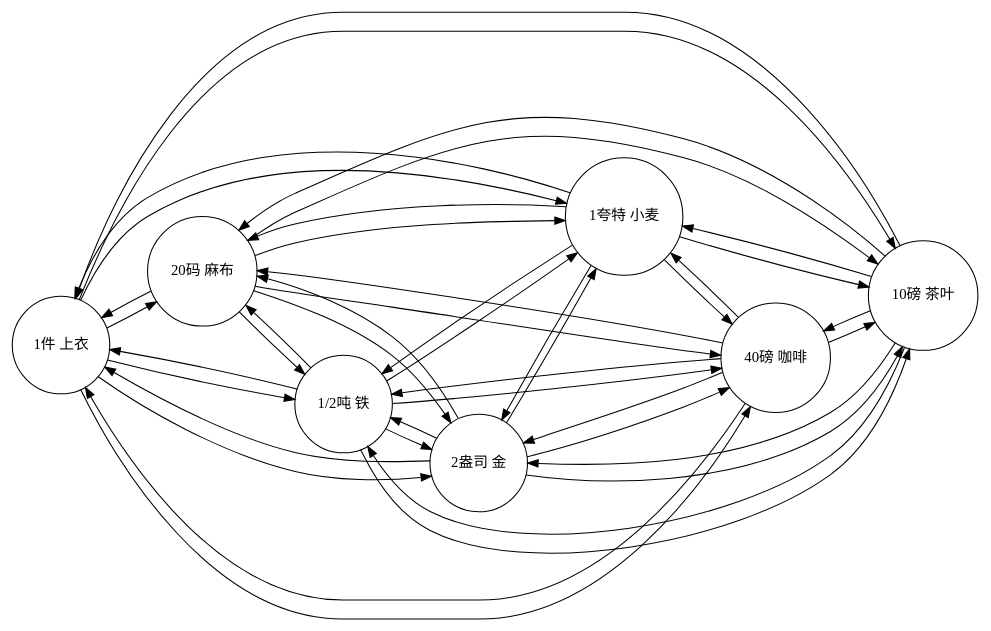
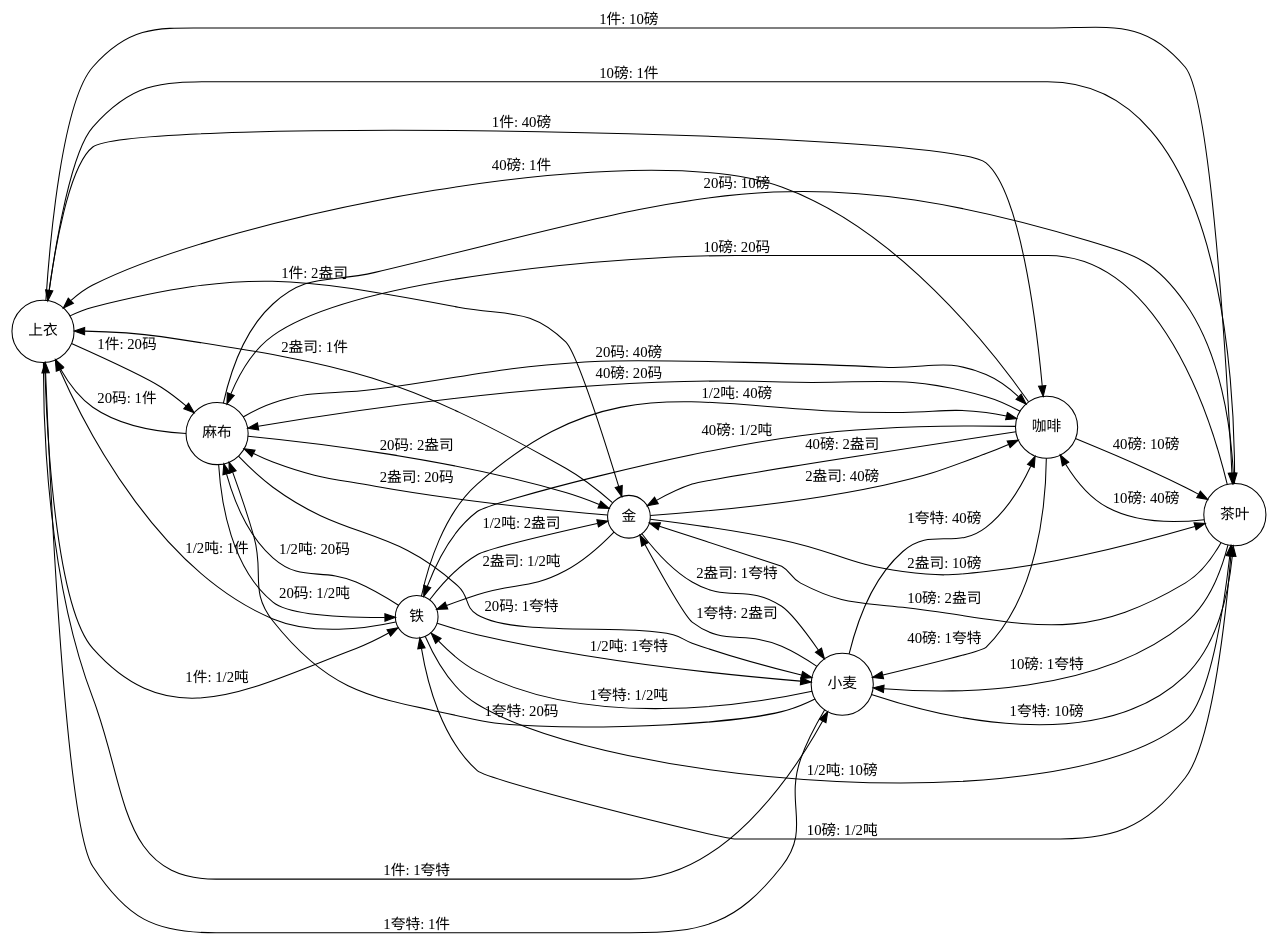
The diagram in 资本的生产过程/价值形式理论/价值形式/graphs_generated/total_complete.dot (Wangsutan/Kapital), drawn with Graphviz before and after one commit. The commit also changed 34 other files, not shown here.

Commit message:
检查图的性质

```diff
--- a/资本的生产过程/价值形式理论/价值形式/graphs_generated/total_complete.dot
+++ b/资本的生产过程/价值形式理论/价值形式/graphs_generated/total_complete.dot
@@ -1,46 +1,46 @@
 digraph 价值形式理论 {
     rankdir=LR;
     node [shape=circle];
-    "1件 上衣" -> "20码 麻布";
-    "1件 上衣" -> "10磅 茶叶";
-    "1件 上衣" -> "40磅 咖啡";
-    "1件 上衣" -> "1夸特 小麦";
-    "1件 上衣" -> "2盎司 金";
-    "1件 上衣" -> "1/2吨 铁";
-    "40磅 咖啡" -> "1件 上衣";
-    "40磅 咖啡" -> "20码 麻布";
-    "40磅 咖啡" -> "10磅 茶叶";
-    "40磅 咖啡" -> "1夸特 小麦";
-    "40磅 咖啡" -> "2盎司 金";
-    "40磅 咖啡" -> "1/2吨 铁";
-    "1夸特 小麦" -> "1件 上衣";
-    "1夸特 小麦" -> "20码 麻布";
-    "1夸特 小麦" -> "10磅 茶叶";
-    "1夸特 小麦" -> "40磅 咖啡";
-    "1夸特 小麦" -> "2盎司 金";
-    "1夸特 小麦" -> "1/2吨 铁";
-    "10磅 茶叶" -> "1件 上衣";
-    "10磅 茶叶" -> "20码 麻布";
-    "10磅 茶叶" -> "40磅 咖啡";
-    "10磅 茶叶" -> "1夸特 小麦";
-    "10磅 茶叶" -> "2盎司 金";
-    "10磅 茶叶" -> "1/2吨 铁";
-    "2盎司 金" -> "1件 上衣";
-    "2盎司 金" -> "20码 麻布";
-    "2盎司 金" -> "10磅 茶叶";
-    "2盎司 金" -> "40磅 咖啡";
-    "2盎司 金" -> "1夸特 小麦";
-    "2盎司 金" -> "1/2吨 铁";
-    "1/2吨 铁" -> "1件 上衣";
-    "1/2吨 铁" -> "20码 麻布";
-    "1/2吨 铁" -> "10磅 茶叶";
-    "1/2吨 铁" -> "40磅 咖啡";
-    "1/2吨 铁" -> "1夸特 小麦";
-    "1/2吨 铁" -> "2盎司 金";
-    "20码 麻布" -> "1件 上衣";
-    "20码 麻布" -> "10磅 茶叶";
-    "20码 麻布" -> "40磅 咖啡";
-    "20码 麻布" -> "1夸特 小麦";
-    "20码 麻布" -> "2盎司 金";
-    "20码 麻布" -> "1/2吨 铁";
+    "上衣" -> "麻布" [label="1件: 20码"];
+    "上衣" -> "茶叶" [label="1件: 10磅"];
+    "上衣" -> "咖啡" [label="1件: 40磅"];
+    "上衣" -> "小麦" [label="1件: 1夸特"];
+    "上衣" -> "金" [label="1件: 2盎司"];
+    "上衣" -> "铁" [label="1件: 1/2吨"];
+    "咖啡" -> "上衣" [label="40磅: 1件"];
+    "咖啡" -> "麻布" [label="40磅: 20码"];
+    "咖啡" -> "茶叶" [label="40磅: 10磅"];
+    "咖啡" -> "小麦" [label="40磅: 1夸特"];
+    "咖啡" -> "金" [label="40磅: 2盎司"];
+    "咖啡" -> "铁" [label="40磅: 1/2吨"];
+    "小麦" -> "上衣" [label="1夸特: 1件"];
+    "小麦" -> "麻布" [label="1夸特: 20码"];
+    "小麦" -> "茶叶" [label="1夸特: 10磅"];
+    "小麦" -> "咖啡" [label="1夸特: 40磅"];
+    "小麦" -> "金" [label="1夸特: 2盎司"];
+    "小麦" -> "铁" [label="1夸特: 1/2吨"];
+    "茶叶" -> "上衣" [label="10磅: 1件"];
+    "茶叶" -> "麻布" [label="10磅: 20码"];
+    "茶叶" -> "咖啡" [label="10磅: 40磅"];
+    "茶叶" -> "小麦" [label="10磅: 1夸特"];
+    "茶叶" -> "金" [label="10磅: 2盎司"];
+    "茶叶" -> "铁" [label="10磅: 1/2吨"];
+    "金" -> "上衣" [label="2盎司: 1件"];
+    "金" -> "麻布" [label="2盎司: 20码"];
+    "金" -> "茶叶" [label="2盎司: 10磅"];
+    "金" -> "咖啡" [label="2盎司: 40磅"];
+    "金" -> "小麦" [label="2盎司: 1夸特"];
+    "金" -> "铁" [label="2盎司: 1/2吨"];
+    "铁" -> "上衣" [label="1/2吨: 1件"];
+    "铁" -> "麻布" [label="1/2吨: 20码"];
+    "铁" -> "茶叶" [label="1/2吨: 10磅"];
+    "铁" -> "咖啡" [label="1/2吨: 40磅"];
+    "铁" -> "小麦" [label="1/2吨: 1夸特"];
+    "铁" -> "金" [label="1/2吨: 2盎司"];
+    "麻布" -> "上衣" [label="20码: 1件"];
+    "麻布" -> "茶叶" [label="20码: 10磅"];
+    "麻布" -> "咖啡" [label="20码: 40磅"];
+    "麻布" -> "小麦" [label="20码: 1夸特"];
+    "麻布" -> "金" [label="20码: 2盎司"];
+    "麻布" -> "铁" [label="20码: 1/2吨"];
 }
```
